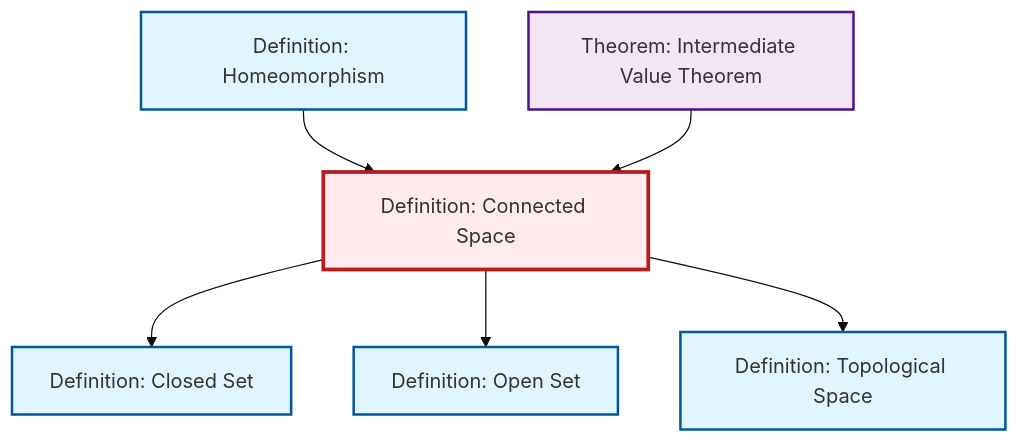
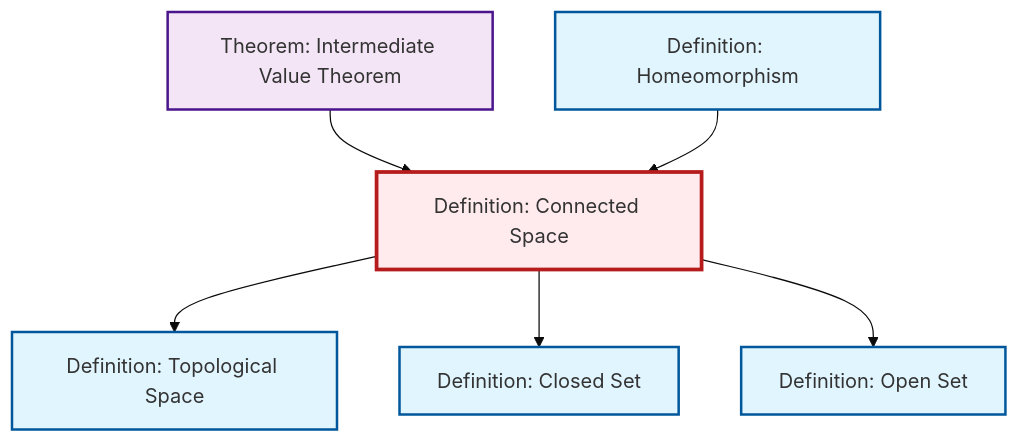
The diagram in content/en/topology/def-connected.qmd (RK0429/ModernMath), drawn with Mermaid (base theme) before and after one commit. The commit also changed other lines of this file and 14 other files, not shown here.

````diff
--- a/content/en/topology/def-connected.qmd
+++ b/content/en/topology/def-connected.qmd
@@ -49,26 +53,26 @@
 ```{mermaid}
 %%| fig-cap: "Local dependency graph"
 graph TD
     classDef definition fill:#e1f5fe,stroke:#01579b,stroke-width:2px
     classDef theorem fill:#f3e5f5,stroke:#4a148c,stroke-width:2px
     classDef axiom fill:#fff3e0,stroke:#e65100,stroke-width:2px
     classDef example fill:#e8f5e9,stroke:#1b5e20,stroke-width:2px
     classDef current fill:#ffebee,stroke:#b71c1c,stroke-width:3px
+    def-connected["Definition: Connected Space"]:::definition
+    def-open-set["Definition: Open Set"]:::definition
+    thm-intermediate-value["Theorem: Intermediate Value Theorem"]:::theorem
+    def-closed-set["Definition: Closed Set"]:::definition
     def-homeomorphism["Definition: Homeomorphism"]:::definition
     def-topological-space["Definition: Topological Space"]:::definition
-    def-closed-set["Definition: Closed Set"]:::definition
-    thm-intermediate-value["Theorem: Intermediate Value Theorem"]:::theorem
-    def-open-set["Definition: Open Set"]:::definition
-    def-connected["Definition: Connected Space"]:::definition
-    def-homeomorphism --> def-connected
-    def-connected --> def-closed-set
-    def-connected --> def-open-set
     thm-intermediate-value --> def-connected
     def-connected --> def-topological-space
+    def-connected --> def-closed-set
+    def-homeomorphism --> def-connected
+    def-connected --> def-open-set
     class def-connected current
+    click def-open-set "def-open-set.html" "Go to Open Set definition"
+    click thm-intermediate-value "thm-intermediate-value.html" "Go to Intermediate Value Theorem theorem"
+    click def-closed-set "def-closed-set.html" "Go to Closed Set definition"
     click def-homeomorphism "def-homeomorphism.html" "Go to Homeomorphism definition"
     click def-topological-space "def-topological-space.html" "Go to Topological Space definition"
-    click def-closed-set "def-closed-set.html" "Go to Closed Set definition"
-    click thm-intermediate-value "thm-intermediate-value.html" "Go to Intermediate Value Theorem theorem"
-    click def-open-set "def-open-set.html" "Go to Open Set definition"
 ```
````
